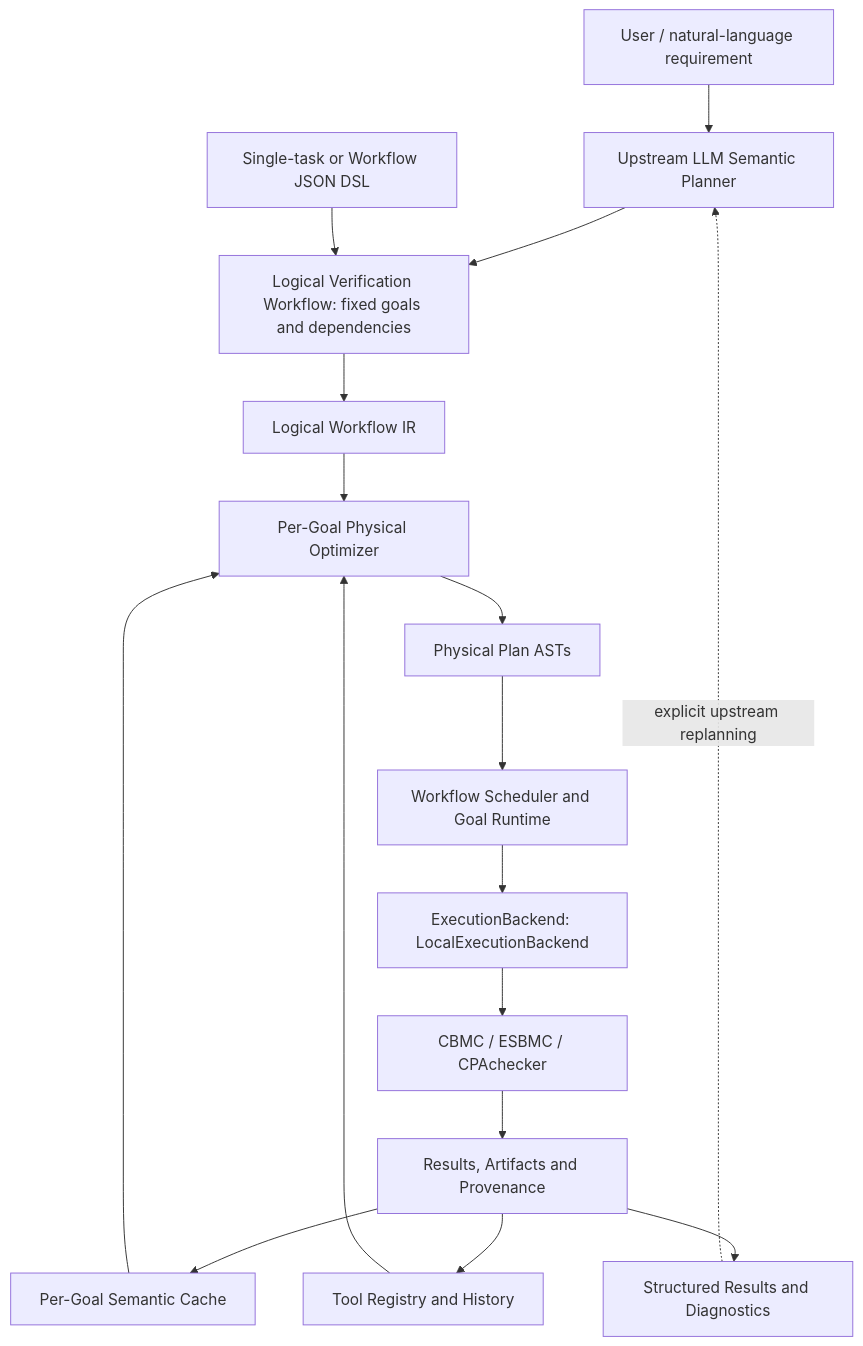
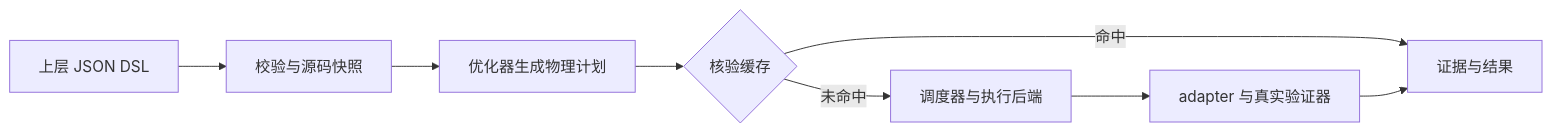
Before and after one commit to ponder-j/VeriRuntime-demo: the diagram in README.md, drawn with Mermaid. The commit also changed other lines of this file and 13 other files, not shown here.

````diff
--- a/README.md
+++ b/README.md
@@ -13,19 +19,10 @@
 ```mermaid
-flowchart TD
-    User[User / natural-language requirement] --> LLM[Upstream LLM Semantic Planner]
-    LLM --> Workflow[Logical Verification Workflow: fixed goals and dependencies]
-    DSL[Single-task or Workflow JSON DSL] --> Workflow
-    Workflow --> IR[Logical Workflow IR]
-    IR --> Opt[Per-Goal Physical Optimizer]
-    Registry[Tool Registry and History] --> Opt
-    Cache[Per-Goal Semantic Cache] --> Opt
-    Opt --> Plans[Physical Plan ASTs]
-    Plans --> Runtime[Workflow Scheduler and Goal Runtime]
-    Runtime --> Backend[ExecutionBackend: LocalExecutionBackend]
-    Backend --> Tools[CBMC / ESBMC / CPAchecker]
-    Tools --> Store[Results, Artifacts and Provenance]
-    Store --> Cache
-    Store --> Registry
-    Store --> Feedback[Structured Results and Diagnostics]
-    Feedback -. explicit upstream replanning .-> LLM
+flowchart LR
+    DSL[上层 JSON DSL] --> Goal[校验与源码快照]
+    Goal --> Plan[优化器生成物理计划]
+    Plan --> Cache{核验缓存}
+    Cache -->|命中| Result[证据与结果]
+    Cache -->|未命中| Runtime[调度器与执行后端]
+    Runtime --> Tools[adapter 与真实验证器]
+    Tools --> Result
 ```
````
